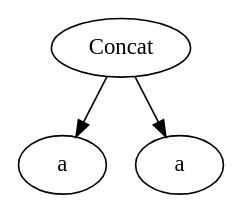
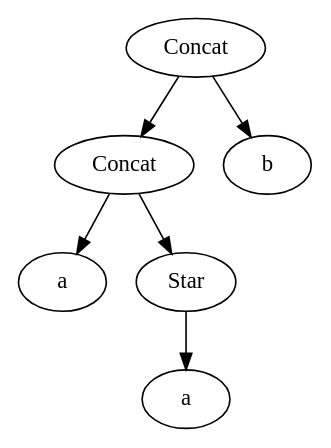
One commit to jleveau/regex-data-gen changed the diagram in regex.dot. Above: the diagram before and after it, drawn with Graphviz. The commit also changed 23 other files, not shown here.

```diff
--- a/regex.dot
+++ b/regex.dot
@@ -1,8 +1,14 @@
 digraph G { 
-	2 -> 0;
+	5 -> 3;
+	3 -> 0;
+	3 -> 2;
 	2 -> 1;
-	2 [label= "Concat"] ;
+	5 -> 4;
+	5 [label= "Concat"] ;
+	3 [label= "Concat"] ;
 	0 [label= "a"] ;
+	2 [label= "Star"] ;
 	1 [label= "a"] ;
+	4 [label= "b"] ;
 
 }
```
